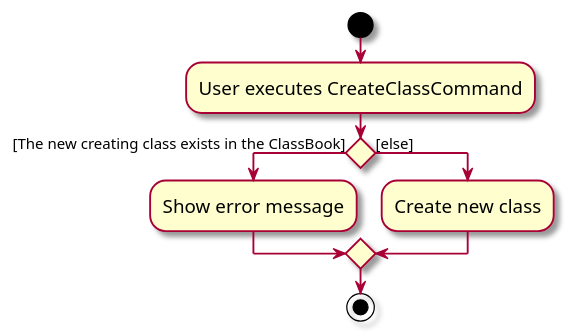
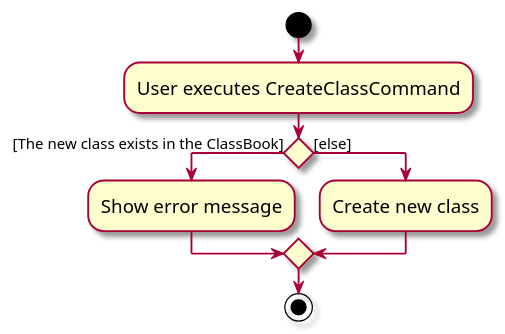
Before and after one commit to faaheem13/tp: the diagram in docs/diagrams/CheckDuplicationForCreateClassCommand.puml, drawn with PlantUML. The commit also changed 1 other file, not shown here.

Commit message:
Update diagrams

```diff
--- a/docs/diagrams/CheckDuplicationForCreateClassCommand.puml
+++ b/docs/diagrams/CheckDuplicationForCreateClassCommand.puml
@@ -1,17 +1,17 @@
 @startuml
 skin rose
 skinparam ActivityFontSize 15
 skinparam ArrowFontSize 12
 start
 :User executes CreateClassCommand;
 
 'Since the beta syntax does not support placing the condition outside the
 'diamond we place it as the true branch instead.
 
-if () then ([The new creating class exists in the ClassBook])
+if () then ([The new class exists in the ClassBook])
     :Show error message;
 else ([else])
     :Create new class;
 endif
 stop
 @enduml
```
